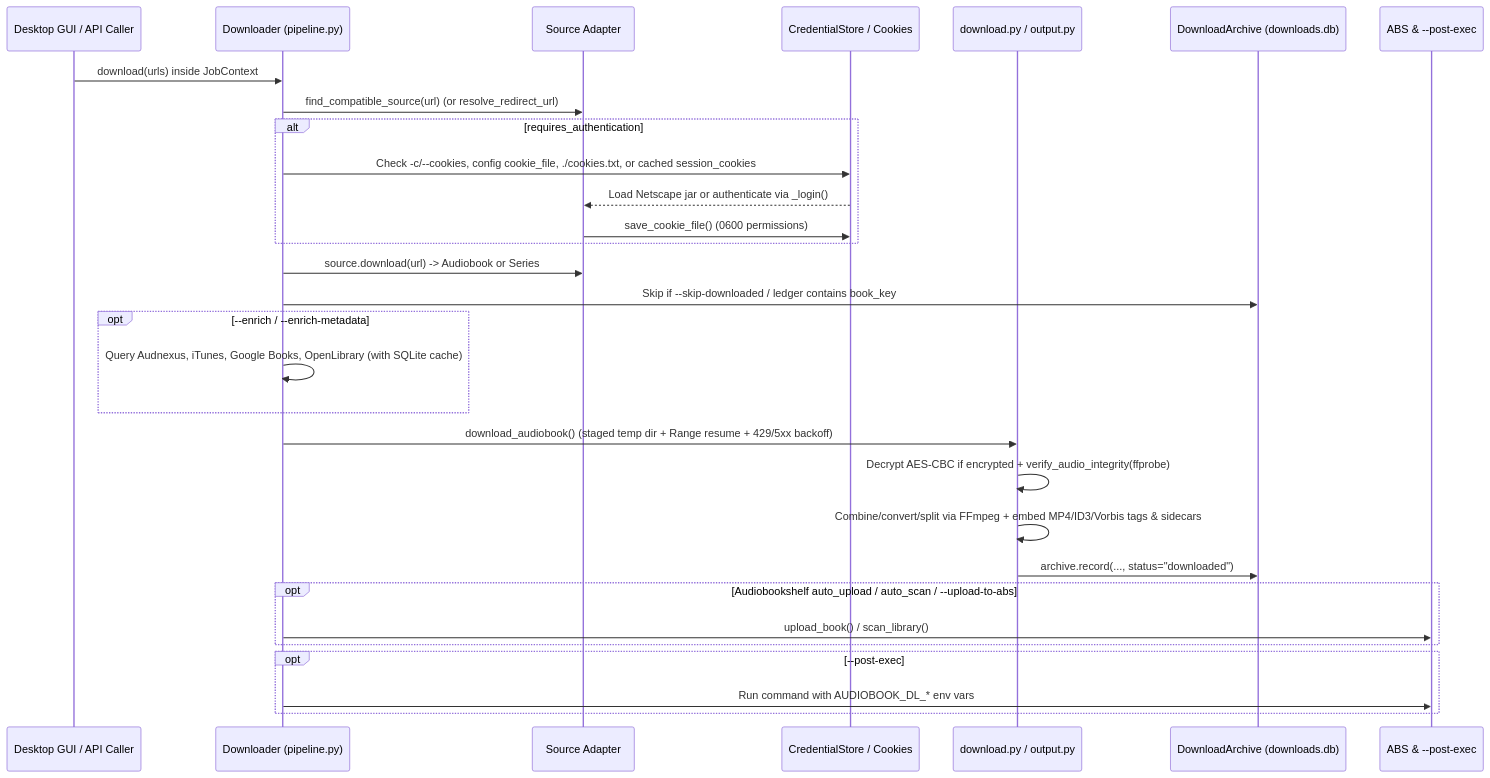
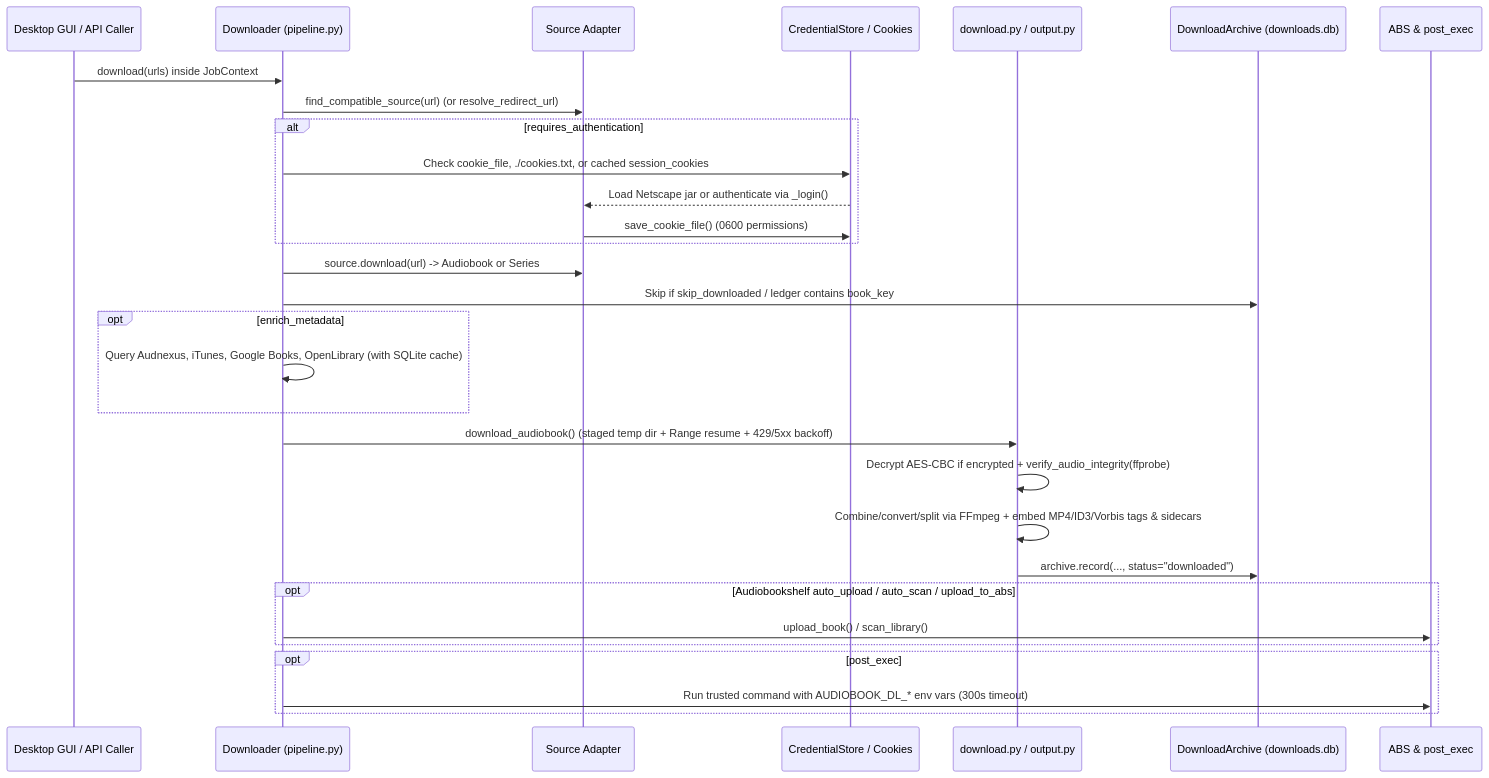
The first of 3 diagrams in docs/workflows.md (AndersonDiego42/audiobook-dl), drawn with Mermaid before and after one commit. The commit also changed other lines of this file and 76 other files, not shown here.

````diff
--- a/docs/workflows.md
+++ b/docs/workflows.md
@@ -9,33 +9,33 @@
 ```mermaid
 sequenceDiagram
     participant Caller as Desktop GUI / API Caller
     participant DL as Downloader (pipeline.py)
     participant Src as Source Adapter
     participant Auth as CredentialStore / Cookies
     participant IO as download.py / output.py
     participant DB as DownloadArchive (downloads.db)
-    participant Hook as ABS & --post-exec
+    participant Hook as ABS & post_exec
 
     Caller->>DL: download(urls) inside JobContext
     DL->>Src: find_compatible_source(url) (or resolve_redirect_url)
     alt requires_authentication
-        DL->>Auth: Check -c/--cookies, config cookie_file, ./cookies.txt, or cached session_cookies
+        DL->>Auth: Check cookie_file, ./cookies.txt, or cached session_cookies
         Auth-->>Src: Load Netscape jar or authenticate via _login()
         Src->>Auth: save_cookie_file() (0600 permissions)
     end
     DL->>Src: source.download(url) -> Audiobook or Series
-    DL->>DB: Skip if --skip-downloaded / ledger contains book_key
-    opt --enrich / --enrich-metadata
+    DL->>DB: Skip if skip_downloaded / ledger contains book_key
+    opt enrich_metadata
         DL->>DL: Query Audnexus, iTunes, Google Books, OpenLibrary (with SQLite cache)
     end
     DL->>IO: download_audiobook() (staged temp dir + Range resume + 429/5xx backoff)
     IO->>IO: Decrypt AES-CBC if encrypted + verify_audio_integrity(ffprobe)
     IO->>IO: Combine/convert/split via FFmpeg + embed MP4/ID3/Vorbis tags & sidecars
     IO->>DB: archive.record(..., status="downloaded")
-    opt Audiobookshelf auto_upload / auto_scan / --upload-to-abs
+    opt Audiobookshelf auto_upload / auto_scan / upload_to_abs
         DL->>Hook: upload_book() / scan_library()
     end
-    opt --post-exec
-        DL->>Hook: Run command with AUDIOBOOK_DL_* env vars
+    opt post_exec
+        DL->>Hook: Run trusted command with AUDIOBOOK_DL_* env vars (300s timeout)
     end
 ```
````
